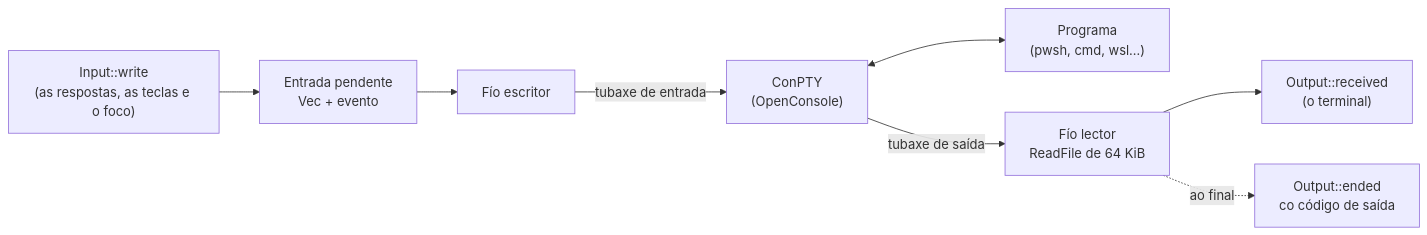
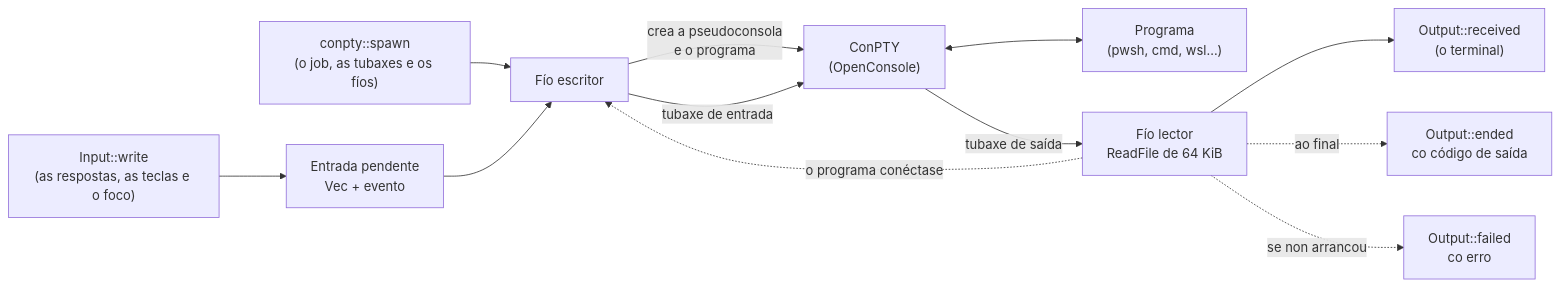
The third of 22 diagrams in docs/arquitectura.md (NewHouses/meiga), drawn with Mermaid before and after one commit. The commit also changed other lines of this file and 26 other files, not shown here.

````diff
--- a/docs/arquitectura.md
+++ b/docs/arquitectura.md
@@ -103,10 +103,14 @@
 ```mermaid
 flowchart LR
+    spawn["conpty::spawn<br/>(o job, as tubaxes e os fíos)"] --> writer["Fío escritor"]
     write["Input::write<br/>(as respostas, as teclas e o foco)"] --> input["Entrada pendente<br/>Vec + evento"]
-    input --> writer["Fío escritor"]
-    writer -- "tubaxe de entrada" --> conpty["ConPTY<br/>(OpenConsole)"]
+    input --> writer
+    writer -- "crea a pseudoconsola<br/>e o programa" --> conpty["ConPTY<br/>(OpenConsole)"]
+    writer -- "tubaxe de entrada" --> conpty
     conpty <--> shell["Programa<br/>(pwsh, cmd, wsl…)"]
     conpty -- "tubaxe de saída" --> reader["Fío lector<br/>ReadFile de 64 KiB"]
+    reader -. "o programa conéctase" .-> writer
     reader --> output["Output::received<br/>(o terminal)"]
     reader -. "ao final" .-> ended["Output::ended<br/>co código de saída"]
+    reader -. "se non arrancou" .-> failed["Output::failed<br/>co erro"]
 ```
````
